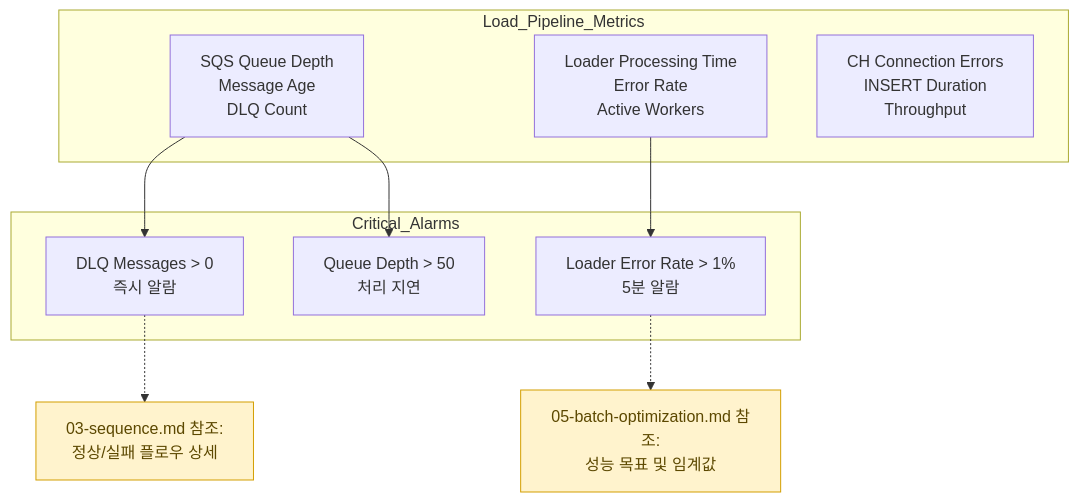
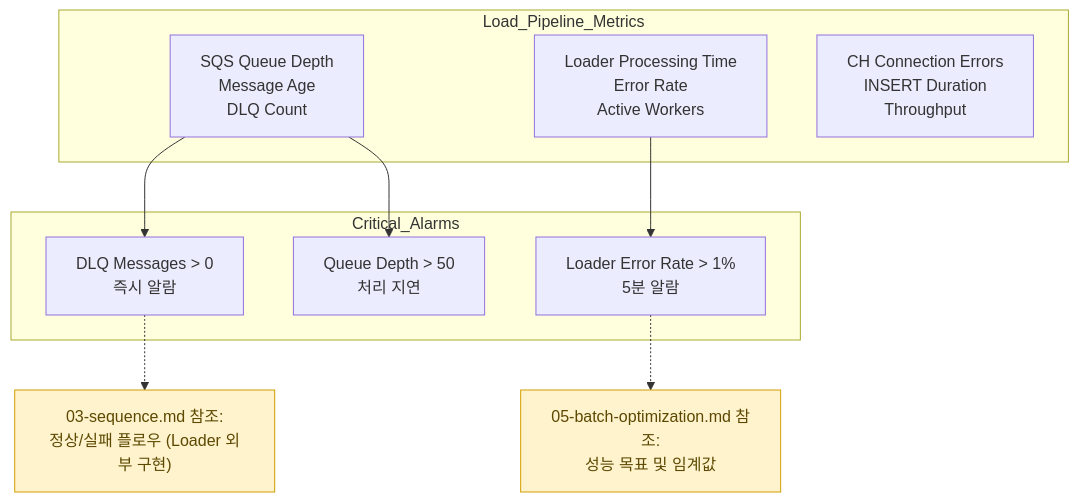
Before and after one commit to keemgdeok/fin-forge-pipeline: the diagram in docs/diagrams/load/06-monitoring-metrics.md, drawn with Mermaid. The commit also changed other lines of this file and 35 other files, not shown here.

Commit message:
docs: refresh diagrams

````diff
--- a/docs/diagrams/load/06-monitoring-metrics.md
+++ b/docs/diagrams/load/06-monitoring-metrics.md
@@ -5,26 +5,26 @@
 ```mermaid
 flowchart TD
   subgraph Load_Pipeline_Metrics
     SQS["SQS Queue Depth<br/>Message Age<br/>DLQ Count"]
     AGT["Loader Processing Time<br/>Error Rate<br/>Active Workers"]  
     CH["CH Connection Errors<br/>INSERT Duration<br/>Throughput"]
   end
 
   subgraph Critical_Alarms
     A1["DLQ Messages > 0<br/>즉시 알람"]
     A2["Loader Error Rate > 1%<br/>5분 알람"] 
     A3["Queue Depth > 50<br/>처리 지연"]
   end
 
   SQS --> A1
   AGT --> A2
   SQS --> A3
 
-  Note1["03-sequence.md 참조:<br/>정상/실패 플로우 상세"]:::note
+  Note1["03-sequence.md 참조:<br/>정상/실패 플로우 (Loader 외부 구현)"]:::note
   Note2["05-batch-optimization.md 참조:<br/>성능 목표 및 임계값"]:::note
   
   A1 -.-> Note1
   A2 -.-> Note2
 
   classDef note fill:#fff3cd,stroke:#d39e00,color:#5c4800;
 ```
````
